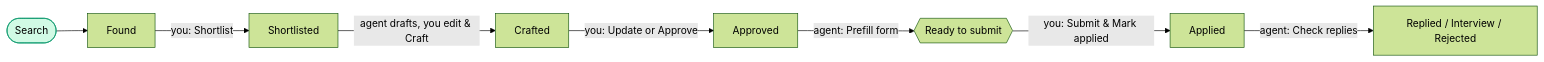
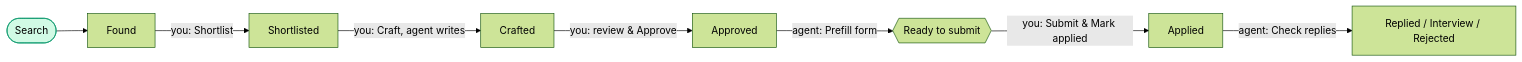
Before and after one commit to Lilychili/job-agent: the first of 2 diagrams in README.md, drawn with Mermaid (forest theme). The commit also changed other lines of this file and 1 other file, not shown here.

First line of the commit message:
Craft modal: drop Update, add Run in background

````diff
--- a/README.md
+++ b/README.md
@@ -55,11 +55,11 @@
 ```mermaid
 flowchart LR
     S([Search]):::agent --> F[Found]
     F -->|you: Shortlist| SL[Shortlisted]
-    SL -->|agent drafts, you edit & Craft| C[Crafted]
-    C -->|you: Update or Approve| A[Approved]
+    SL -->|you: Craft, agent writes| C[Crafted]
+    C -->|you: review & Approve| A[Approved]
     A -->|agent: Prefill form| R{{Ready to submit}}
     R -->|you: Submit & Mark applied| AP[Applied]
     AP -->|agent: Check replies| RE[Replied / Interview / Rejected]
     classDef agent fill:#d1fae5,stroke:#059669
 ```
````
